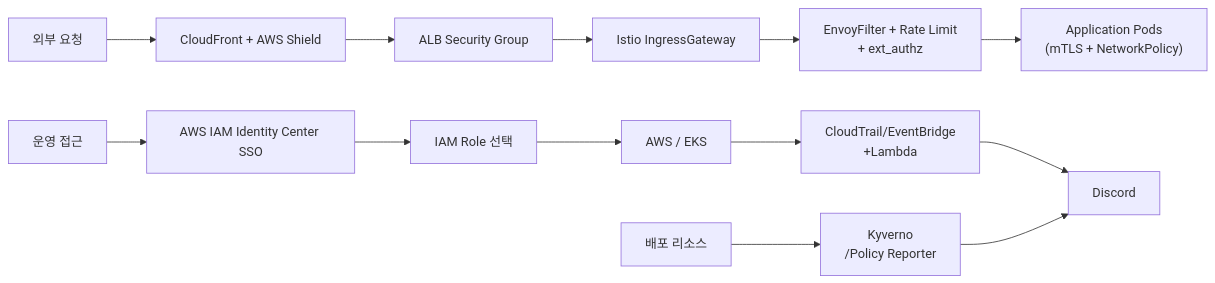
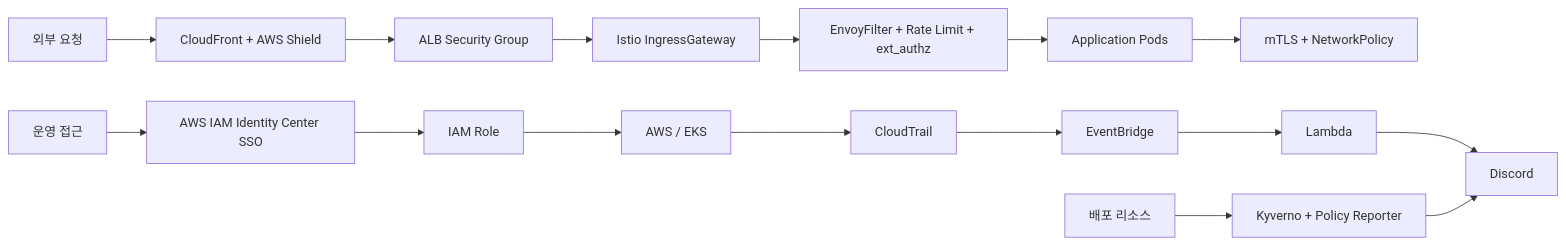
Before and after one commit to goorm-gongbang/001-finalPR: the third of 3 diagrams in docs/content/infrastructure/architecture.md, drawn with Mermaid. The commit also changed other lines of this file and 21 other files, not shown here.

````diff
--- a/docs/content/infrastructure/architecture.md
+++ b/docs/content/infrastructure/architecture.md
@@ -84,17 +52,20 @@
 ```mermaid
 flowchart LR
     USER["외부 요청"] --> EDGE["CloudFront + AWS Shield"]
     EDGE --> ALB["ALB Security Group"]
     ALB --> GW["Istio IngressGateway"]
-    GW --> WAF["EnvoyFilter + Rate Limit<br> + ext_authz"]
-    WAF --> APP["Application Pods<br>(mTLS + NetworkPolicy)"]
+    GW --> WAF["EnvoyFilter + Rate Limit + ext_authz"]
+    WAF --> APP["Application Pods"]
+    APP --> MESH["mTLS + NetworkPolicy"]
 
     OPS["운영 접근"] --> SSO["AWS IAM Identity Center SSO"]
-    SSO --> ROLE["IAM Role 선택"]
+    SSO --> ROLE["IAM Role"]
     ROLE --> AWS["AWS / EKS"]
 
-    DEPLOY["배포 리소스"] --> POLICY["Kyverno <br> /Policy Reporter"]
-    AWS --> TRAILEB["CloudTrail/EventBridge<br>+Lambda"]
-    TRAILEB --> DISC["Discord"]
+    DEPLOY["배포 리소스"] --> POLICY["Kyverno + Policy Reporter"]
+    AWS --> TRAIL["CloudTrail"]
+    TRAIL --> EB["EventBridge"]
+    EB --> LAMBDA["Lambda"]
+    LAMBDA --> DISC["Discord"]
     POLICY --> DISC
 ```
````
